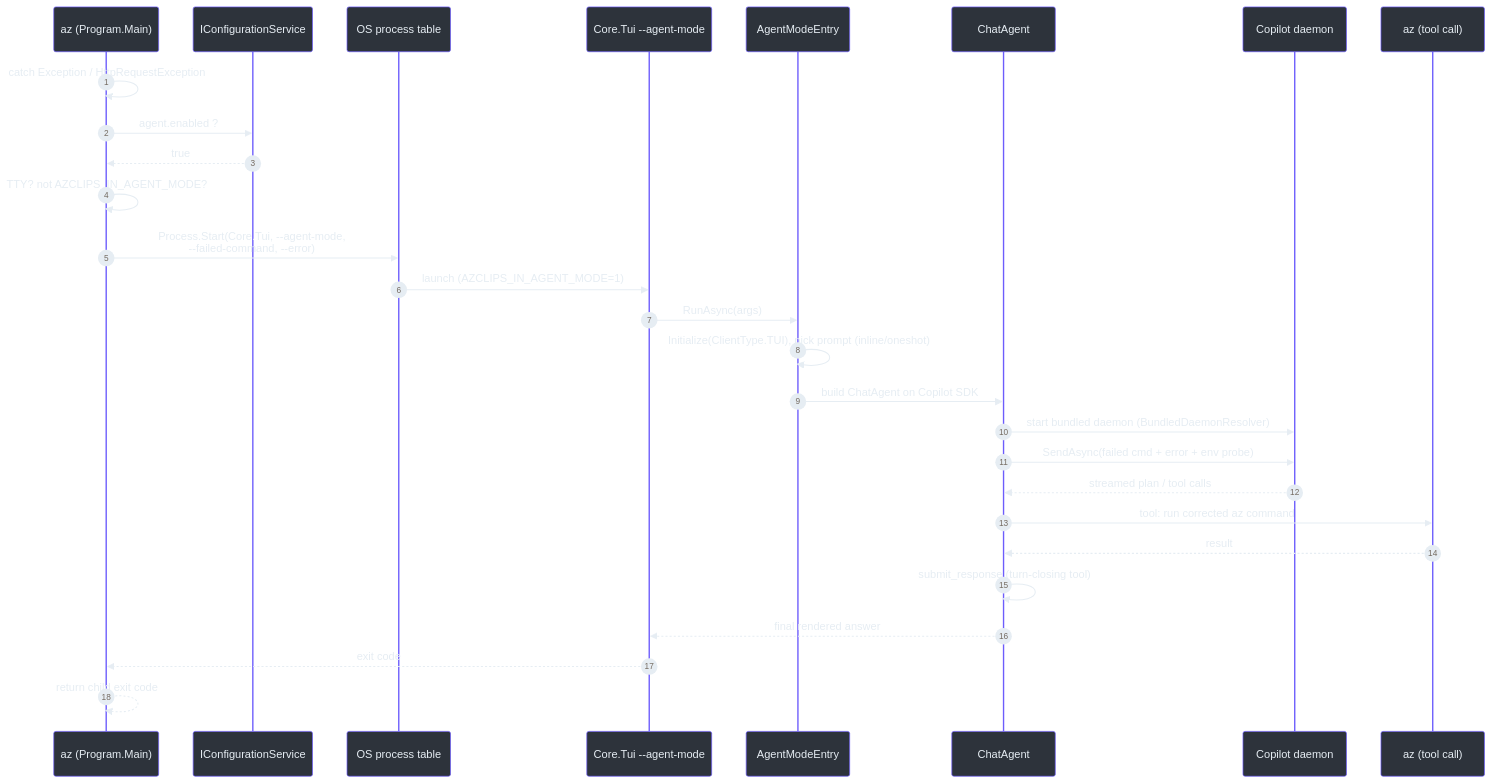
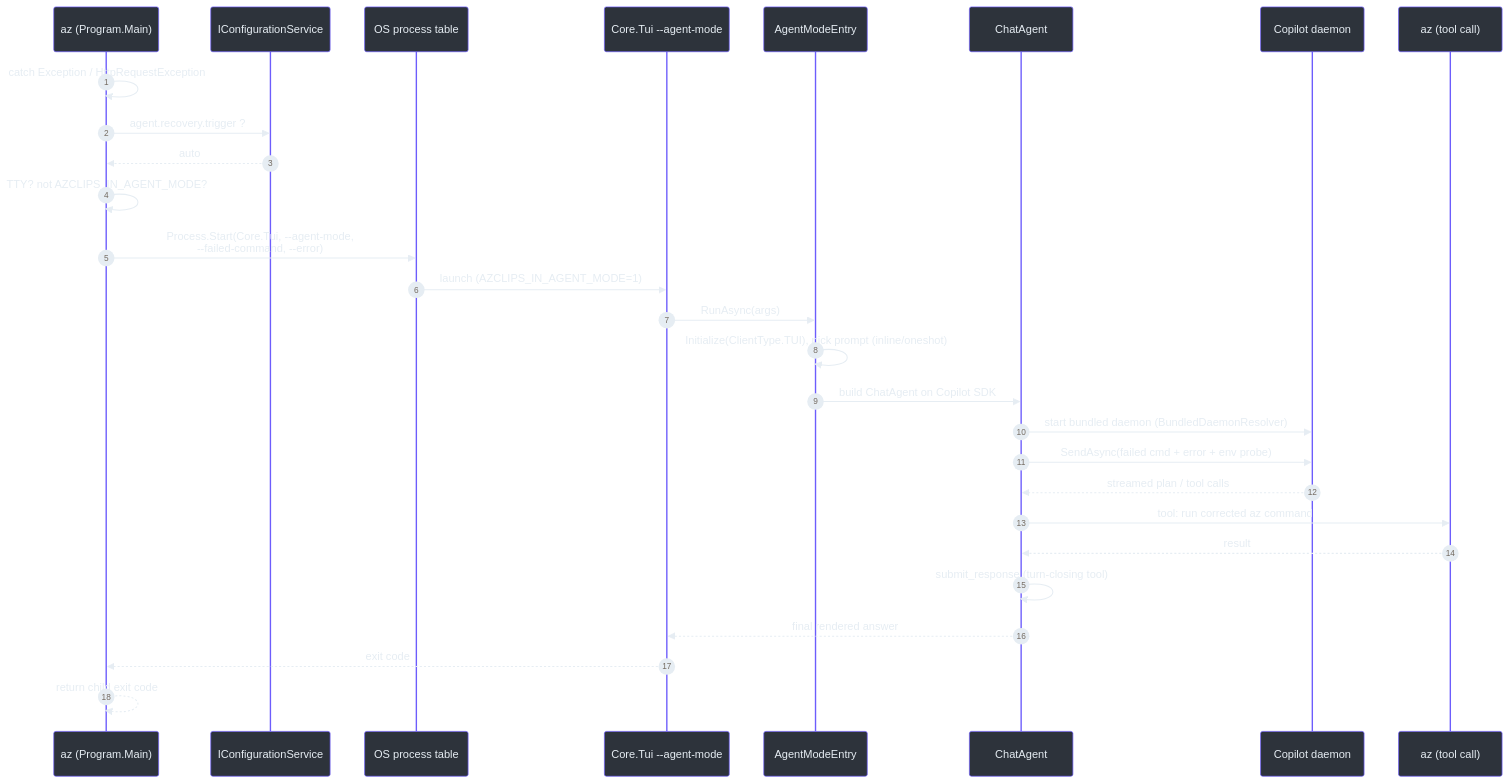
Before and after one commit to Azure/azclips: the fourth of 5 diagrams in wiki/onboarding-guide.md, drawn with Mermaid. The commit also changed other lines of this file and 113 other files, not shown here.

First line of the commit message:
[Agent] Add user-triggered AI error recovery (#934)

````diff
--- a/wiki/onboarding-guide.md
+++ b/wiki/onboarding-guide.md
@@ -493,32 +493,32 @@
 ```mermaid
 %%{init: {'theme':'base','themeVariables':{'primaryColor':'#2d333b','primaryBorderColor':'#6d5dfc','primaryTextColor':'#e6edf3','lineColor':'#8b949e','clusterBkg':'#161b22','clusterBorder':'#30363d','fontFamily':'monospace'}}}%%
 sequenceDiagram
     autonumber
     participant CLI as az (Program.Main)
     participant CFG as IConfigurationService
     participant OS as OS process table
     participant TUI as Core.Tui --agent-mode
     participant AME as AgentModeEntry
     participant CA as ChatAgent
     participant DMN as Copilot daemon
     participant AZ as az (tool call)
 
     CLI->>CLI: catch Exception / HttpRequestException
-    CLI->>CFG: agent.enabled ?
-    CFG-->>CLI: true
+    CLI->>CFG: agent.recovery.trigger ?
+    CFG-->>CLI: auto
     CLI->>CLI: TTY? not AZCLIPS_IN_AGENT_MODE?
     CLI->>OS: Process.Start(Core.Tui, --agent-mode,<br>--failed-command, --error)
     OS->>TUI: launch (AZCLIPS_IN_AGENT_MODE=1)
     TUI->>AME: RunAsync(args)
     AME->>AME: Initialize(ClientType.TUI), pick prompt (inline/oneshot)
     AME->>CA: build ChatAgent on Copilot SDK
     CA->>DMN: start bundled daemon (BundledDaemonResolver)
     CA->>DMN: SendAsync(failed cmd + error + env probe)
     DMN-->>CA: streamed plan / tool calls
     CA->>AZ: tool: run corrected az command
     AZ-->>CA: result
     CA->>CA: submit_response (turn-closing tool)
     CA-->>TUI: final rendered answer
     TUI-->>CLI: exit code
     CLI-->>CLI: return child exit code
 ```
````
